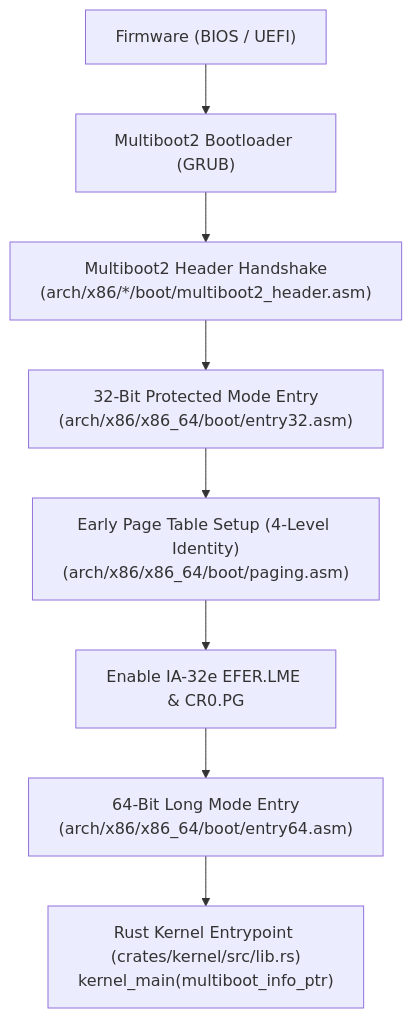
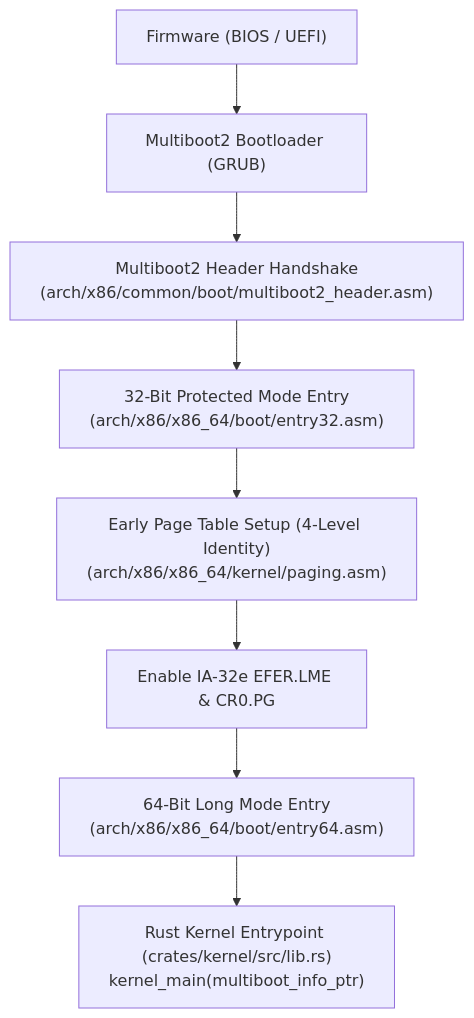
The diagram in docs/journey/bootstrap.md (mrvlous/keira), drawn with Mermaid before and after one commit. The commit also changed 1 other file, not shown here.

Commit message:
docs(kernel): synchronize journey bootstrap and early bringup assembly references

````diff
--- a/docs/journey/bootstrap.md
+++ b/docs/journey/bootstrap.md
@@ -11,10 +11,10 @@
 ```mermaid
 graph TD
     BIOS["Firmware (BIOS / UEFI)"] --> GRUB["Multiboot2 Bootloader (GRUB)"]
-    GRUB --> Handshake["Multiboot2 Header Handshake<br/>(arch/x86/*/boot/multiboot2_header.asm)"]
+    GRUB --> Handshake["Multiboot2 Header Handshake<br/>(arch/x86/common/boot/multiboot2_header.asm)"]
     Handshake --> Entry32["32-Bit Protected Mode Entry<br/>(arch/x86/x86_64/boot/entry32.asm)"]
-    Entry32 --> Paging["Early Page Table Setup (4-Level Identity)<br/>(arch/x86/x86_64/boot/paging.asm)"]
+    Entry32 --> Paging["Early Page Table Setup (4-Level Identity)<br/>(arch/x86/x86_64/kernel/paging.asm)"]
     Paging --> LongMode["Enable IA-32e EFER.LME & CR0.PG"]
     LongMode --> Entry64["64-Bit Long Mode Entry<br/>(arch/x86/x86_64/boot/entry64.asm)"]
     Entry64 --> KernelMain["Rust Kernel Entrypoint (crates/kernel/src/lib.rs)<br/>kernel_main(multiboot_info_ptr)"]
 ```
````
